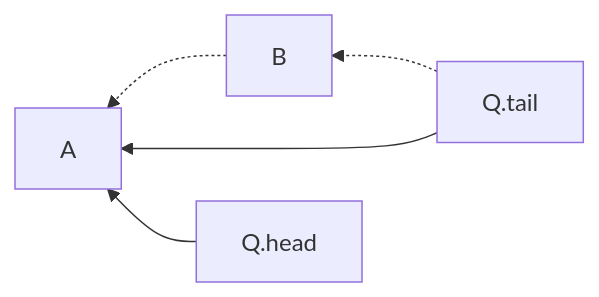
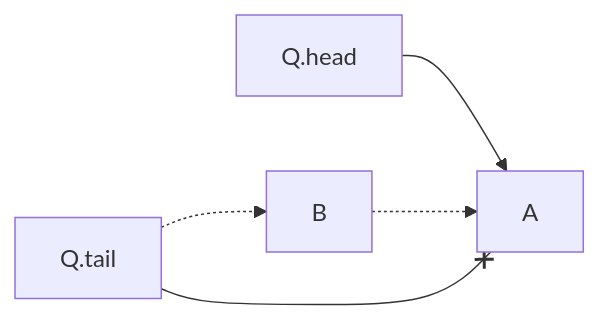
Before and after one commit to Eurydia/notes-singularity: the fifth of 15 diagrams in Computer science/Data structures/Queue.md, drawn with Mermaid. The commit also changed other lines of this file and 4 other files, not shown here.

````diff
--- a/Computer science/Data structures/Queue.md
+++ b/Computer science/Data structures/Queue.md
@@ -46,7 +51,6 @@
 	```mermaid
-	flowchart RL
-		B-.->A
-		Q.tail-.->B
-		Q.tail-->A
+	flowchart LR
 		Q.head-->A
+		Q.tail-.->B-.->A
+		Q.tail--xA
 	```
````
